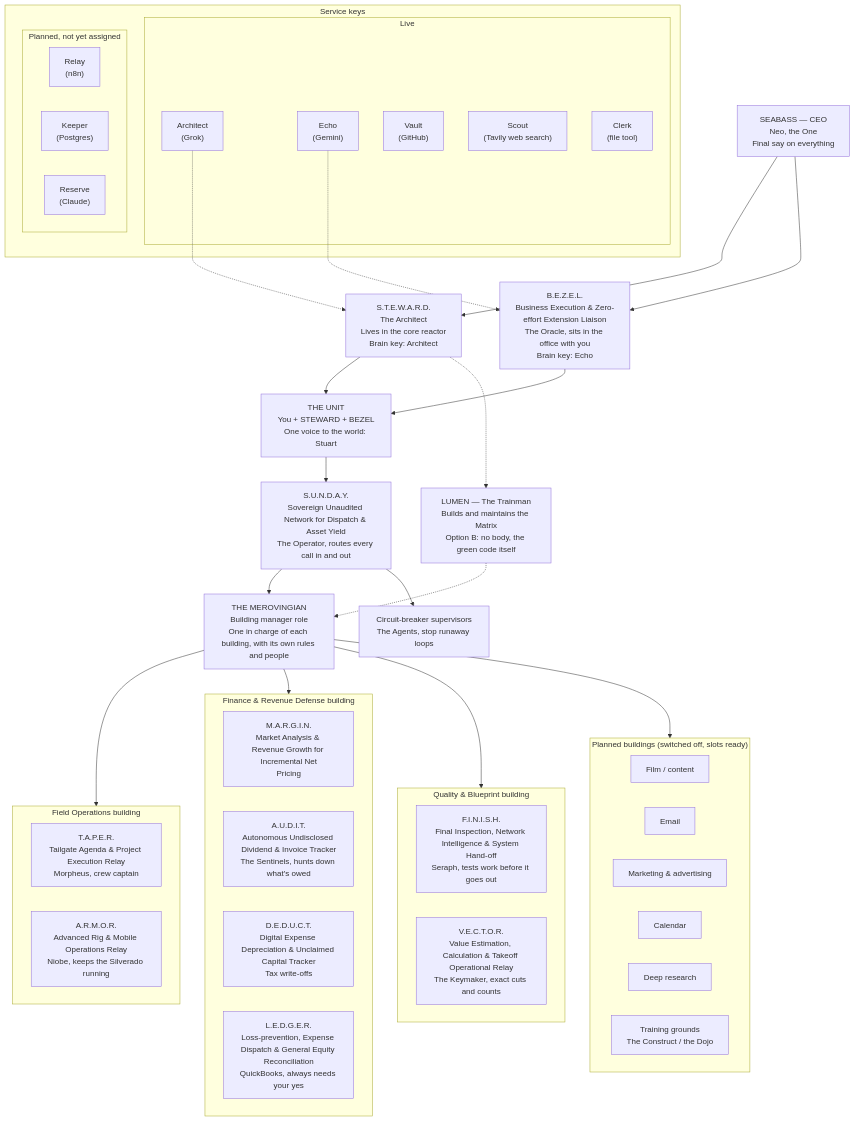
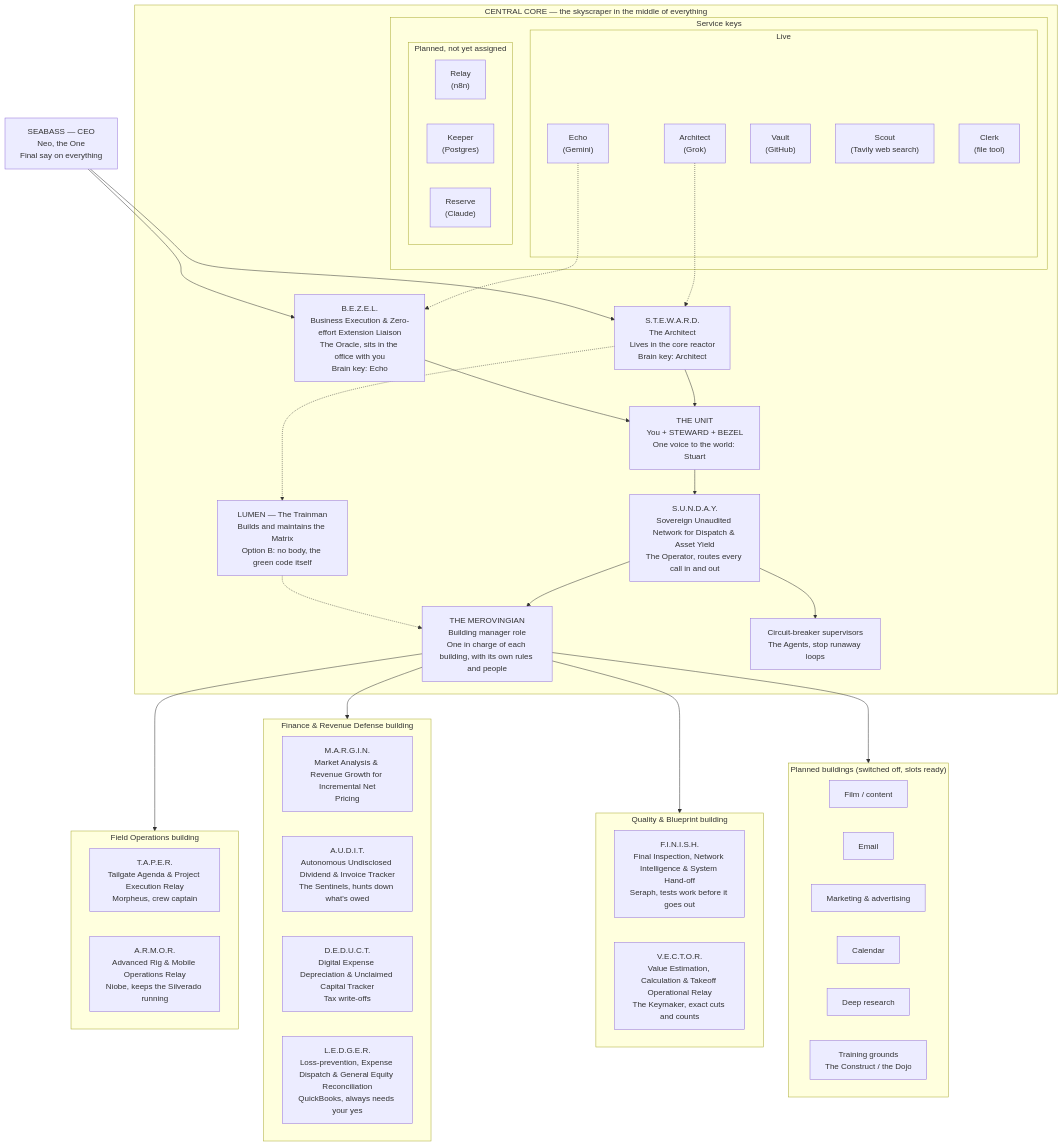
The diagram in docs/MIND_MAP.md (seabasskrahn/cross-coat-matrix), drawn with Mermaid before and after one commit. The commit also changed other lines of this file, not shown here.

Commit message:
Mind map: add Central Core building holding leadership, routing, supervisors and service keys

````diff
--- a/docs/MIND_MAP.md
+++ b/docs/MIND_MAP.md
@@ -7,70 +7,73 @@
 ```mermaid
 flowchart TD
     CEO["SEABASS — CEO<br/>Neo, the One<br/>Final say on everything"]
 
-    CEO --> STW["S.T.E.W.A.R.D.<br/>The Architect<br/>Lives in the core reactor<br/>Brain key: Architect"]
-    CEO --> BZL["B.E.Z.E.L.<br/>Business Execution & Zero-effort Extension Liaison<br/>The Oracle, sits in the office with you<br/>Brain key: Echo"]
+    subgraph CORE["CENTRAL CORE — the skyscraper in the middle of everything"]
+        STW["S.T.E.W.A.R.D.<br/>The Architect<br/>Lives in the core reactor<br/>Brain key: Architect"]
+        BZL["B.E.Z.E.L.<br/>Business Execution & Zero-effort Extension Liaison<br/>The Oracle, sits in the office with you<br/>Brain key: Echo"]
+        UNIT["THE UNIT<br/>You + STEWARD + BEZEL<br/>One voice to the world: Stuart"]
+        SUN["S.U.N.D.A.Y.<br/>Sovereign Unaudited Network for Dispatch & Asset Yield<br/>The Operator, routes every call in and out"]
+        MER["THE MEROVINGIAN<br/>Building manager role<br/>One in charge of each building, with its own rules and people"]
+        LUM["LUMEN — The Trainman<br/>Builds and maintains the Matrix<br/>Option B: no body, the green code itself"]
+        CB["Circuit-breaker supervisors<br/>The Agents, stop runaway loops"]
 
-    STW --> UNIT
-    BZL --> UNIT
-    UNIT["THE UNIT<br/>You + STEWARD + BEZEL<br/>One voice to the world: Stuart"]
+        subgraph KEYS["Service keys"]
+            subgraph LIVE["Live"]
+                K1["Architect<br/>(Grok)"]
+                K2["Echo<br/>(Gemini)"]
+                K3["Vault<br/>(GitHub)"]
+                K4["Scout<br/>(Tavily web search)"]
+                K5["Clerk<br/>(file tool)"]
+            end
+            subgraph PLANNED["Planned, not yet assigned"]
+                P2["Relay<br/>(n8n)"]
+                P3["Keeper<br/>(Postgres)"]
+                P4["Reserve<br/>(Claude)"]
+            end
+        end
 
-    UNIT --> SUN["S.U.N.D.A.Y.<br/>Sovereign Unaudited Network for Dispatch & Asset Yield<br/>The Operator, routes every call in and out"]
+        STW --> UNIT
+        BZL --> UNIT
+        UNIT --> SUN
+        SUN --> MER
+        SUN --> CB
+        STW -.-> LUM
+        LUM -.-> MER
+        K1 -.-> STW
+        K2 -.-> BZL
+    end
 
-    SUN --> MER["THE MEROVINGIAN<br/>Building manager role<br/>One in charge of each building, with its own rules and people"]
-
-    STW -.-> LUM["LUMEN — The Trainman<br/>Builds and maintains the Matrix<br/>Option B: no body, the green code itself"]
-    LUM -.-> MER
+    CEO --> STW
+    CEO --> BZL
 
     MER --> FIELD
     MER --> MONEY
     MER --> QUAL
     MER --> FUTURE
-    SUN --> CB
 
     subgraph FIELD["Field Operations building"]
         TAP["T.A.P.E.R.<br/>Tailgate Agenda & Project Execution Relay<br/>Morpheus, crew captain"]
         ARM["A.R.M.O.R.<br/>Advanced Rig & Mobile Operations Relay<br/>Niobe, keeps the Silverado running"]
     end
 
     subgraph MONEY["Finance & Revenue Defense building"]
         MAR["M.A.R.G.I.N.<br/>Market Analysis & Revenue Growth for Incremental Net<br/>Pricing"]
         AUD["A.U.D.I.T.<br/>Autonomous Undisclosed Dividend & Invoice Tracker<br/>The Sentinels, hunts down what's owed"]
         DED["D.E.D.U.C.T.<br/>Digital Expense Depreciation & Unclaimed Capital Tracker<br/>Tax write-offs"]
         LED["L.E.D.G.E.R.<br/>Loss-prevention, Expense Dispatch & General Equity Reconciliation<br/>QuickBooks, always needs your yes"]
     end
 
     subgraph QUAL["Quality & Blueprint building"]
         FIN["F.I.N.I.S.H.<br/>Final Inspection, Network Intelligence & System Hand-off<br/>Seraph, tests work before it goes out"]
         VEC["V.E.C.T.O.R.<br/>Value Estimation, Calculation & Takeoff Operational Relay<br/>The Keymaker, exact cuts and counts"]
     end
 
     subgraph FUTURE["Planned buildings (switched off, slots ready)"]
         FILM["Film / content"]
         MAIL["Email"]
         MKT["Marketing & advertising"]
         CAL["Calendar"]
         RES["Deep research"]
         TRN["Training grounds<br/>The Construct / the Dojo"]
     end
-
-    CB["Circuit-breaker supervisors<br/>The Agents, stop runaway loops"]
-
-    subgraph KEYS["Service keys"]
-        subgraph LIVE["Live"]
-            K1["Architect<br/>(Grok)"]
-            K2["Echo<br/>(Gemini)"]
-            K3["Vault<br/>(GitHub)"]
-            K4["Scout<br/>(Tavily web search)"]
-            K5["Clerk<br/>(file tool)"]
-        end
-        subgraph PLANNED["Planned, not yet assigned"]
-            P2["Relay<br/>(n8n)"]
-            P3["Keeper<br/>(Postgres)"]
-            P4["Reserve<br/>(Claude)"]
-        end
-    end
-
-    K1 -.-> STW
-    K2 -.-> BZL
 ```
````
